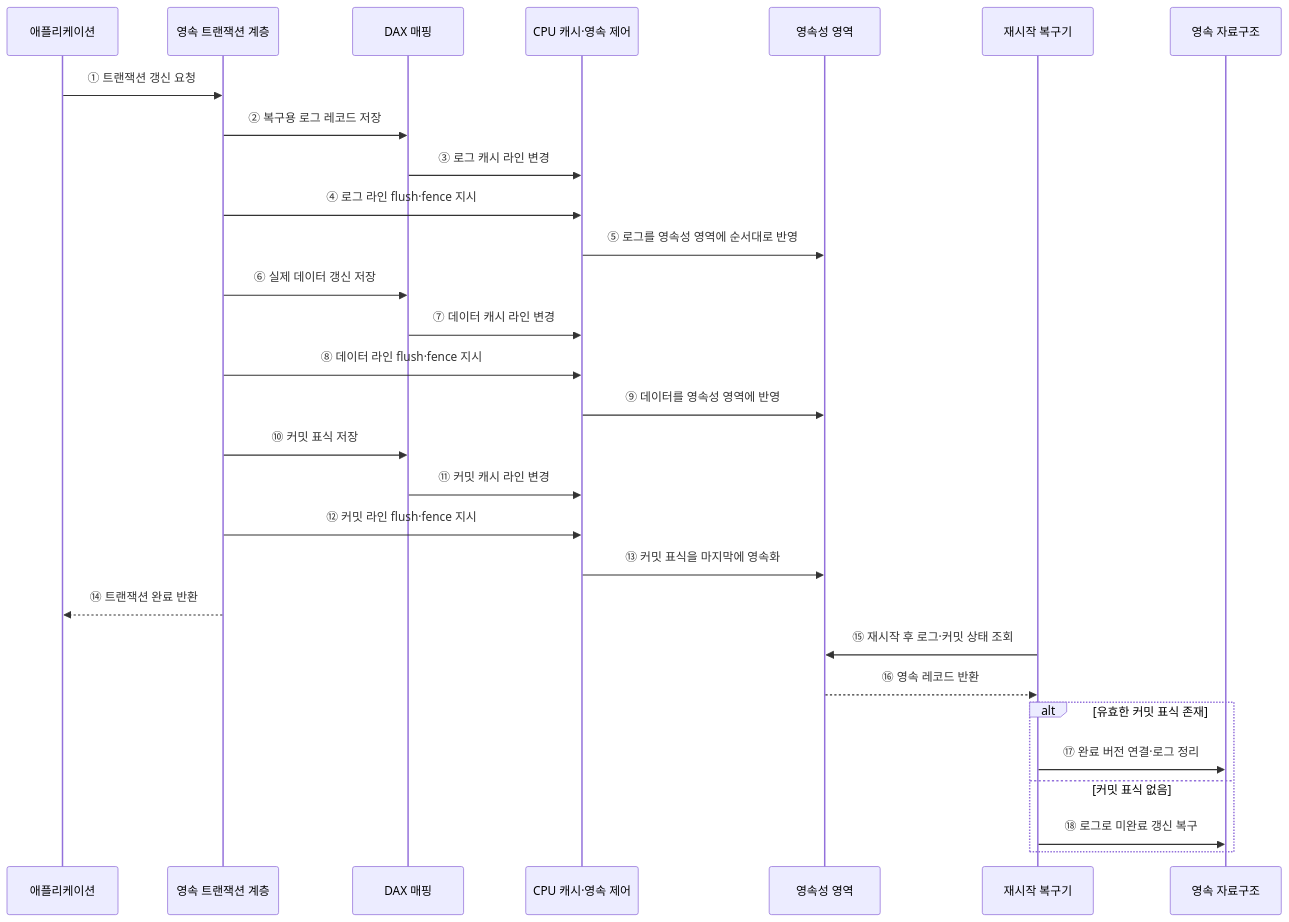
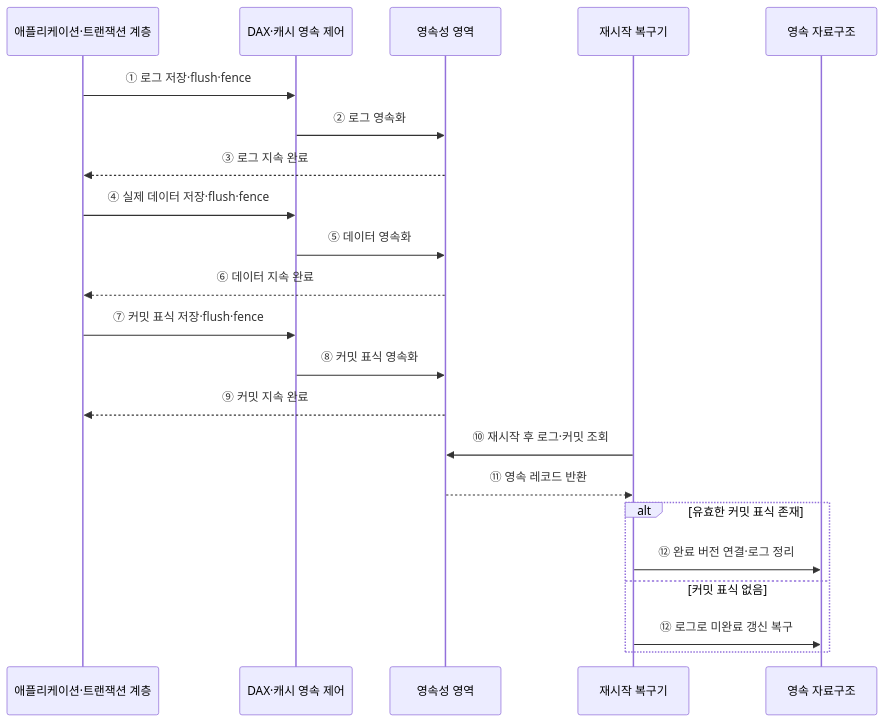
Before and after one commit to agnusdei1207/knowledge-base: the second of 2 diagrams in src/content/docs/notes/02-hardware/082_persistent_memory.md, drawn with Mermaid. The commit also changed other lines of this file and 14 other files, not shown here.

````diff
--- a/src/content/docs/notes/02-hardware/082_persistent_memory.md
+++ b/src/content/docs/notes/02-hardware/082_persistent_memory.md
@@ -98,32 +89,25 @@
 ```mermaid
 sequenceDiagram
-    participant A as 애플리케이션
-    participant T as 영속 트랜잭션 계층
-    participant D as DAX 매핑
-    participant C as CPU 캐시·영속 제어
+    participant A as 애플리케이션·트랜잭션 계층
+    participant C as DAX·캐시 영속 제어
     participant P as 영속성 영역
     participant R as 재시작 복구기
     participant S as 영속 자료구조
 
-    A->>T: ① 트랜잭션 갱신 요청
-    T->>D: ② 복구용 로그 레코드 저장
-    D->>C: ③ 로그 캐시 라인 변경
-    T->>C: ④ 로그 라인 flush·fence 지시
-    C->>P: ⑤ 로그를 영속성 영역에 순서대로 반영
-    T->>D: ⑥ 실제 데이터 갱신 저장
-    D->>C: ⑦ 데이터 캐시 라인 변경
-    T->>C: ⑧ 데이터 라인 flush·fence 지시
-    C->>P: ⑨ 데이터를 영속성 영역에 반영
-    T->>D: ⑩ 커밋 표식 저장
-    D->>C: ⑪ 커밋 캐시 라인 변경
-    T->>C: ⑫ 커밋 라인 flush·fence 지시
-    C->>P: ⑬ 커밋 표식을 마지막에 영속화
-    T-->>A: ⑭ 트랜잭션 완료 반환
-    R->>P: ⑮ 재시작 후 로그·커밋 상태 조회
-    P-->>R: ⑯ 영속 레코드 반환
+    A->>C: ① 로그 저장·flush·fence
+    C->>P: ② 로그 영속화
+    P-->>A: ③ 로그 지속 완료
+    A->>C: ④ 실제 데이터 저장·flush·fence
+    C->>P: ⑤ 데이터 영속화
+    P-->>A: ⑥ 데이터 지속 완료
+    A->>C: ⑦ 커밋 표식 저장·flush·fence
+    C->>P: ⑧ 커밋 표식 영속화
+    P-->>A: ⑨ 커밋 지속 완료
+    R->>P: ⑩ 재시작 후 로그·커밋 조회
+    P-->>R: ⑪ 영속 레코드 반환
     alt 유효한 커밋 표식 존재
-        R->>S: ⑰ 완료 버전 연결·로그 정리
+        R->>S: ⑫ 완료 버전 연결·로그 정리
     else 커밋 표식 없음
-        R->>S: ⑱ 로그로 미완료 갱신 복구
+        R->>S: ⑫ 로그로 미완료 갱신 복구
     end
 ```
````
